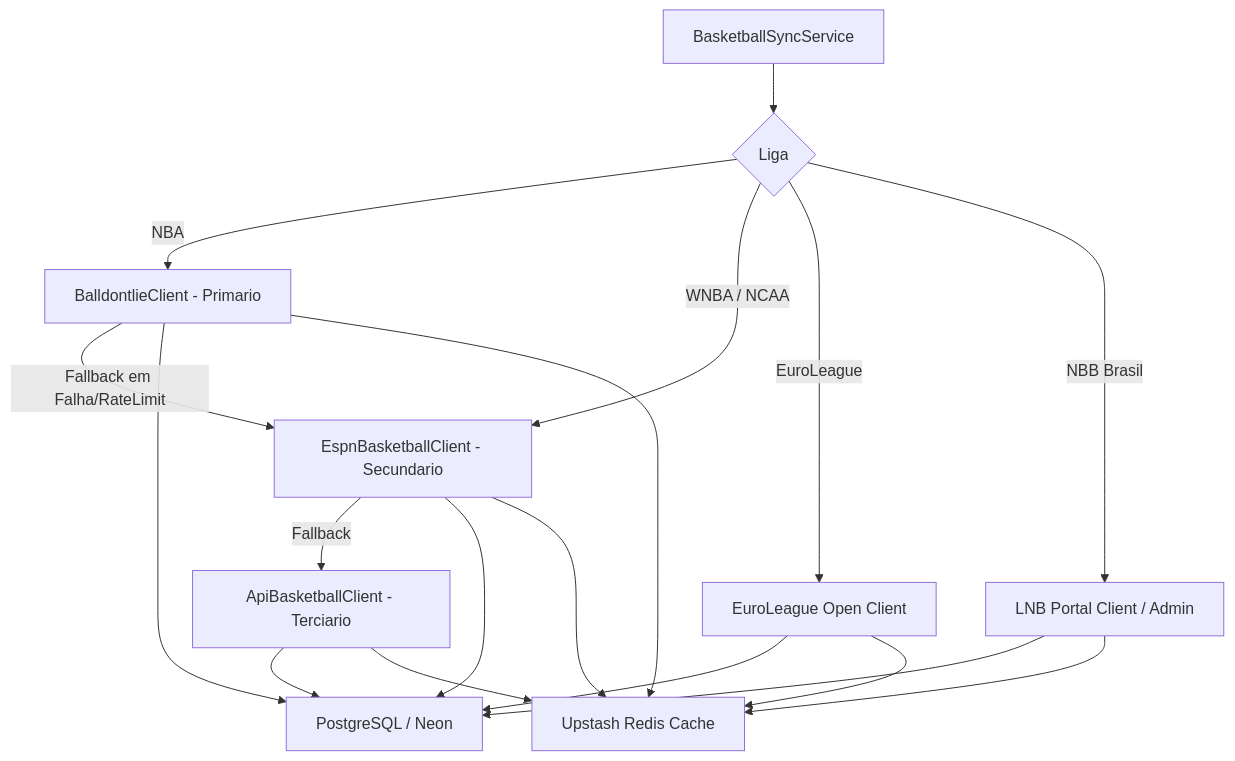
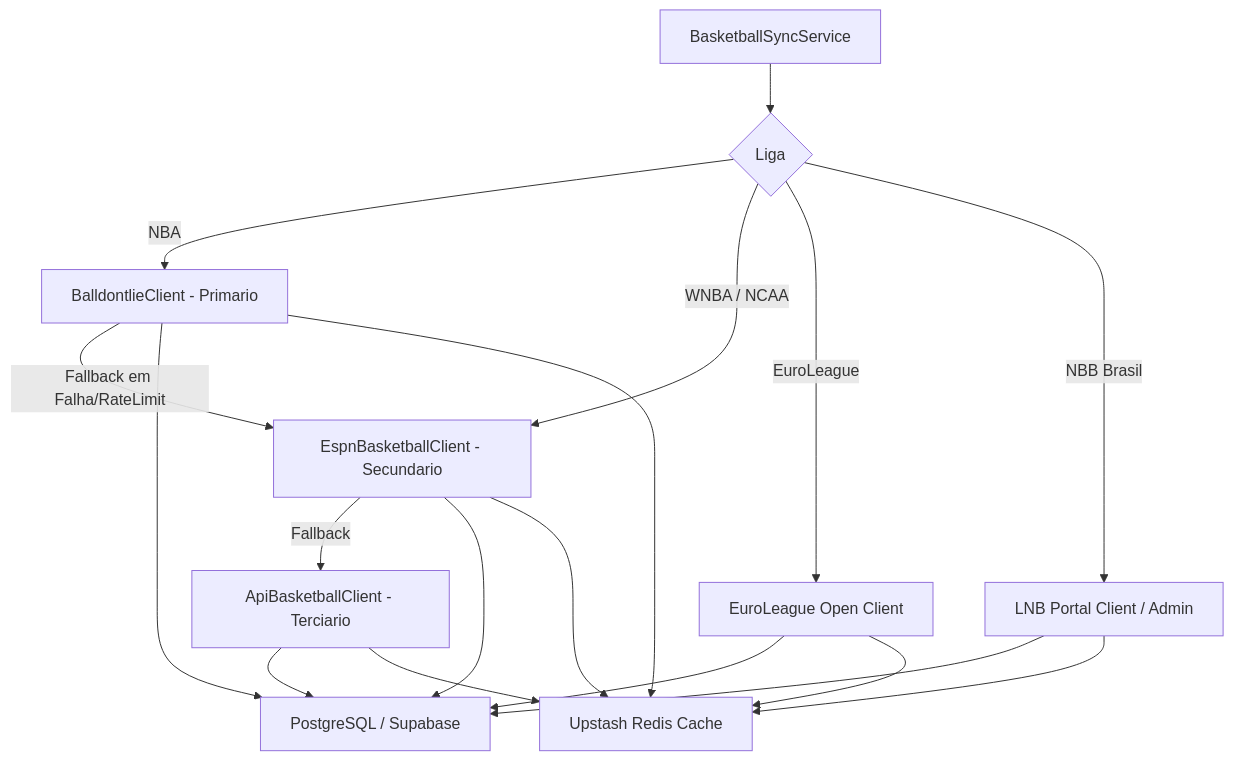
One commit to lvmp/ligadospalpites-core changed the diagram in docs/adr/0013-basketball-data-strategy.md. Above: the diagram before and after it, drawn with Mermaid. The commit also changed 18 other files, not shown here.

Commit message:
docs(persistence): migrate relational database standardization from Neon to Supabase PostgreSQL

````diff
--- a/docs/adr/0013-basketball-data-strategy.md
+++ b/docs/adr/0013-basketball-data-strategy.md
@@ -31,13 +31,13 @@
 ```mermaid
 graph TD
     A[BasketballSyncService] --> B{Liga}
     B -->|NBA| C[BalldontlieClient - Primario]
     C -->|Fallback em Falha/RateLimit| D[EspnBasketballClient - Secundario]
     D -->|Fallback| E[ApiBasketballClient - Terciario]
     B -->|WNBA / NCAA| D
     B -->|EuroLeague| F[EuroLeague Open Client]
     B -->|NBB Brasil| G[LNB Portal Client / Admin]
     
-    C & D & E & F & G --> H[PostgreSQL / Neon]
+    C & D & E & F & G --> H[PostgreSQL / Supabase]
     C & D & E & F & G --> I[Upstash Redis Cache]
 ```
````
